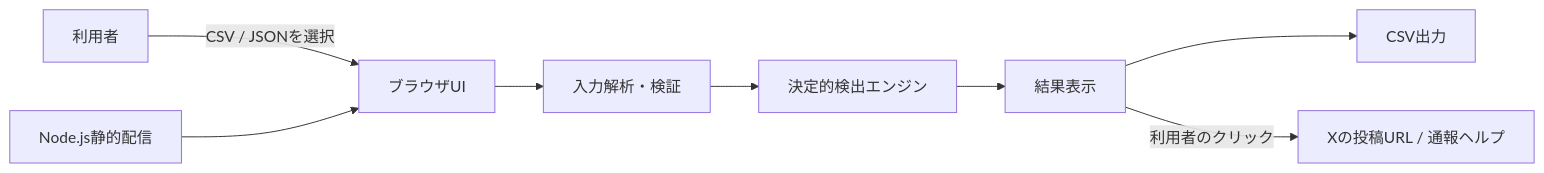
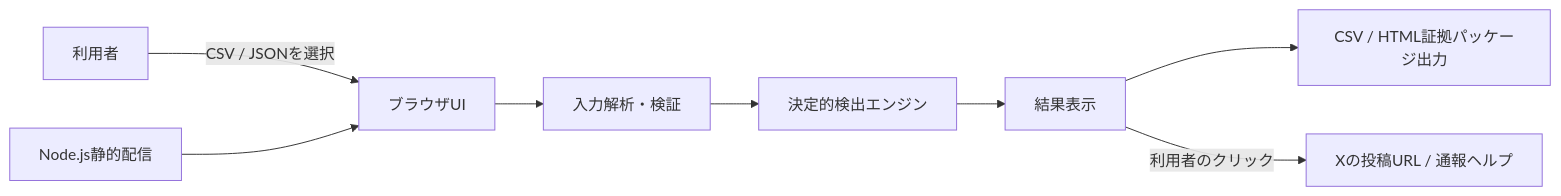
One commit to tmyymmt/pakulist changed the diagram in doc/specs/overview_design/local_web_mvp.md. Above: the diagram before and after it, drawn with Mermaid. The commit also changed other lines of this file and 16 other files, not shown here.

````diff
--- a/doc/specs/overview_design/local_web_mvp.md
+++ b/doc/specs/overview_design/local_web_mvp.md
@@ -9,10 +9,10 @@
 ```mermaid
 flowchart LR
     U[利用者] -->|CSV / JSONを選択| B[ブラウザUI]
     B --> P[入力解析・検証]
     P --> D[決定的検出エンジン]
     D --> R[結果表示]
-    R --> E[CSV出力]
+    R --> E[CSV / HTML証拠パッケージ出力]
     R -->|利用者のクリック| X[Xの投稿URL / 通報ヘルプ]
     S[Node.js静的配信] --> B
 ```
````
